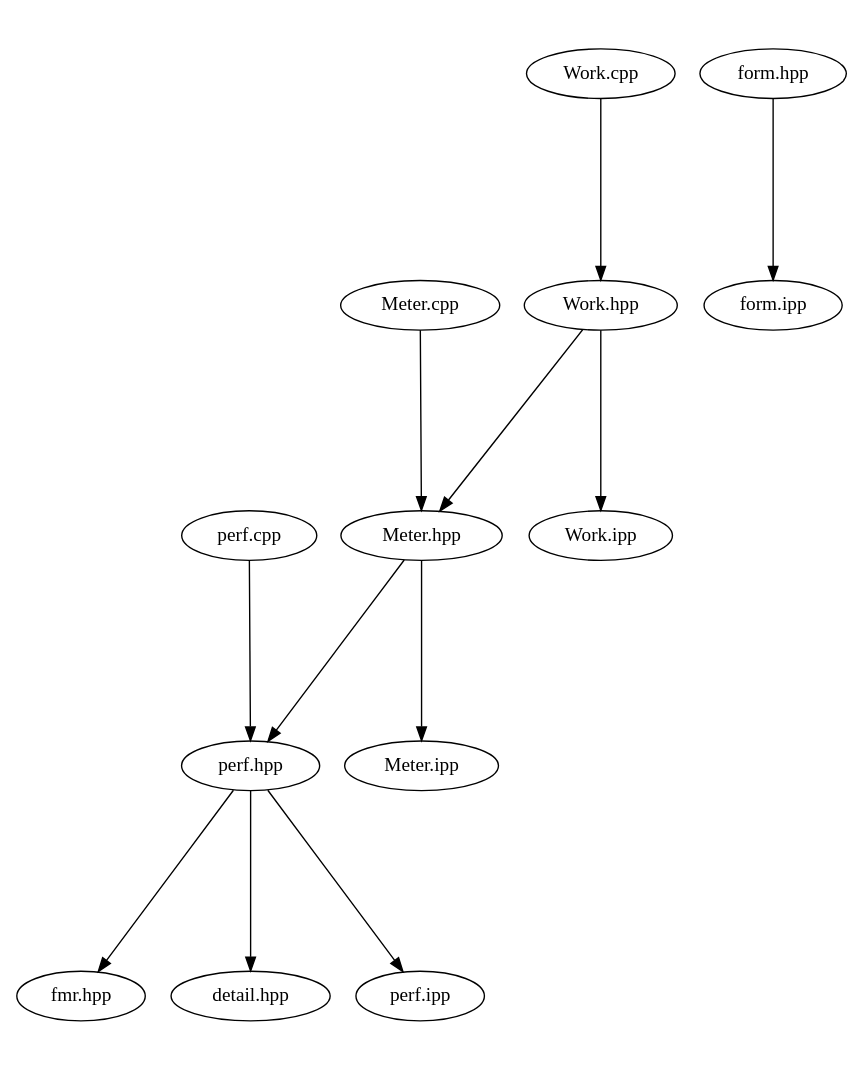
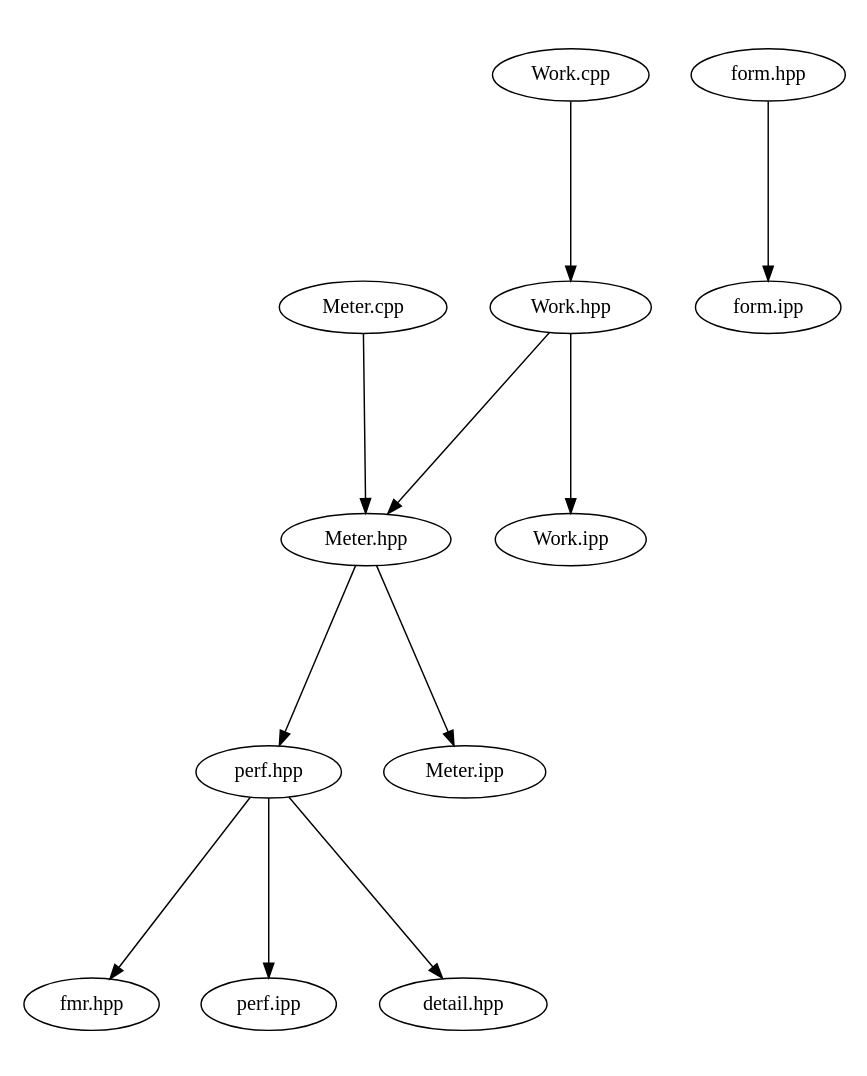
One commit to waggyz/femera-mini-app changed the diagram in src/docs/src-notest.dot. Above: the diagram before and after it, drawn with Graphviz. The commit also changed 10 other files, not shown here.

```diff
--- a/src/docs/src-notest.dot
+++ b/src/docs/src-notest.dot
@@ -1,19 +1,18 @@
 digraph "source tree" {
     overlap=scale;
     size="8,10";
     ratio="fill";
     fontsize="16";
     fontname="Helvetica";
 	clusterrank="local";
 	"Meter.hpp" -> "perf.hpp"
 	"perf.hpp" -> "fmr.hpp"
-	"perf.cpp" -> "perf.hpp"
+	"Meter.cpp" -> "Meter.hpp"
+	"Work.hpp" -> "Work.ipp"
+	"perf.hpp" -> "perf.ipp"
+	"form.hpp" -> "form.ipp"
 	"perf.hpp" -> "detail.hpp"
 	"Work.hpp" -> "Meter.hpp"
 	"Work.cpp" -> "Work.hpp"
-	"Meter.cpp" -> "Meter.hpp"
-	"Work.hpp" -> "Work.ipp"
 	"Meter.hpp" -> "Meter.ipp"
-	"perf.hpp" -> "perf.ipp"
-	"form.hpp" -> "form.ipp"
 }
```
